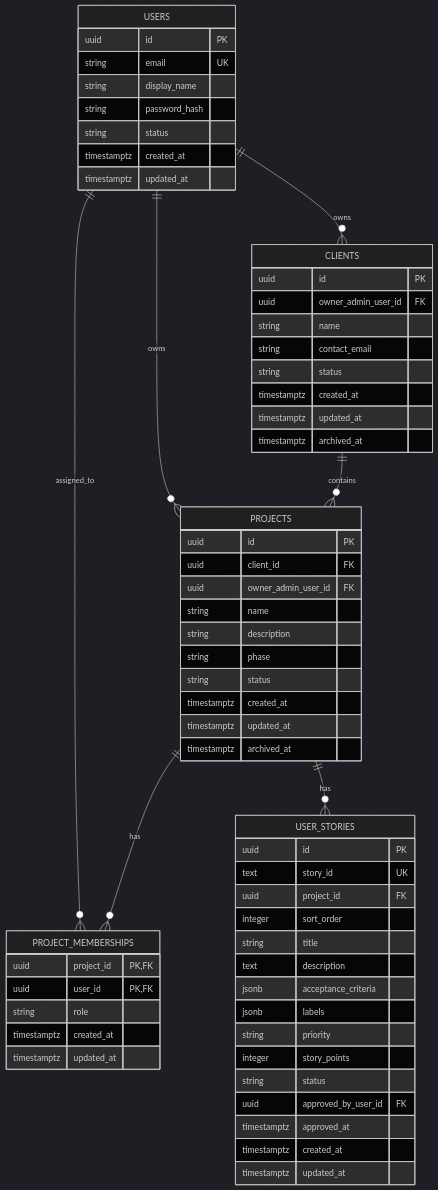
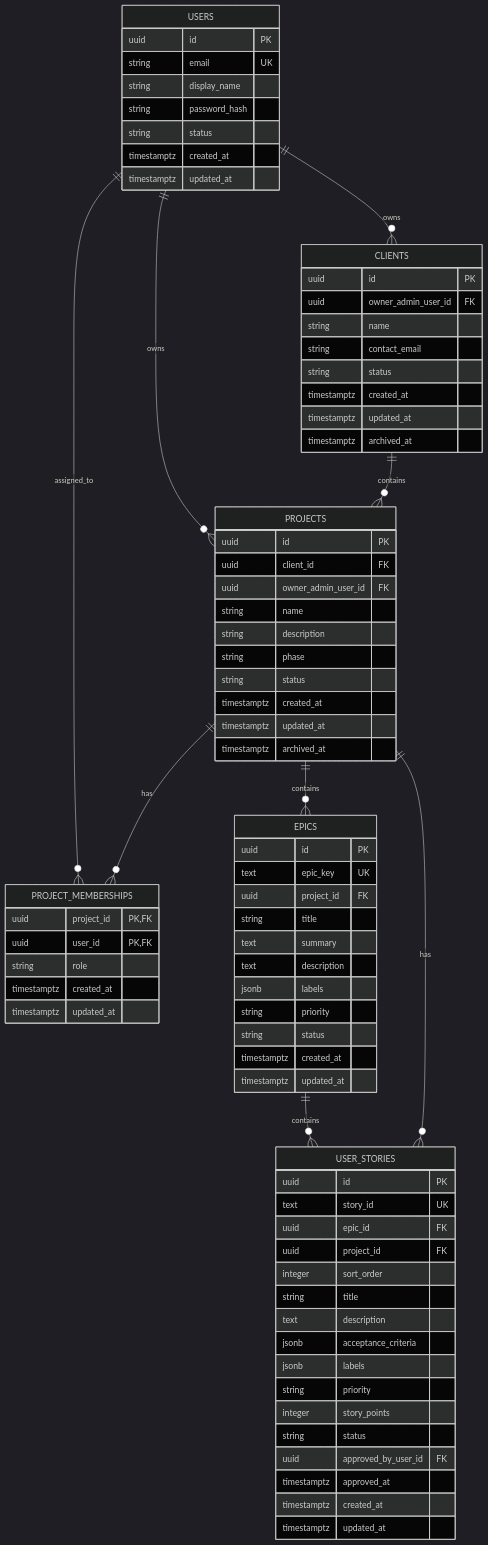
One commit to alonsovndev/open-projects-hub-docs changed the diagram in docs/04-database/database-design.md. Above: the diagram before and after it, drawn with Mermaid (dark theme). The commit also changed other lines of this file and 3 other files, not shown here.

```diff
--- a/docs/04-database/database-design.md
+++ b/docs/04-database/database-design.md
@@ -55,6 +57,8 @@
     USERS ||--o{ PROJECT_MEMBERSHIPS : assigned_to
     PROJECTS ||--o{ PROJECT_MEMBERSHIPS : has
     CLIENTS ||--o{ PROJECTS : contains
+    PROJECTS ||--o{ EPICS : contains
+    EPICS ||--o{ USER_STORIES : contains
     PROJECTS ||--o{ USER_STORIES : has
 
     USERS {
@@ -99,9 +103,24 @@
         timestamptz updated_at
     }
 
+    EPICS {
+        uuid id PK
+        text epic_key UK
+        uuid project_id FK
+        string title
+        text summary
+        text description
+        jsonb labels
+        string priority
+        string status
+        timestamptz created_at
+        timestamptz updated_at
+    }
+
     USER_STORIES {
         uuid id PK
         text story_id UK
+        uuid epic_id FK
         uuid project_id FK
         integer sort_order
         string title
```
